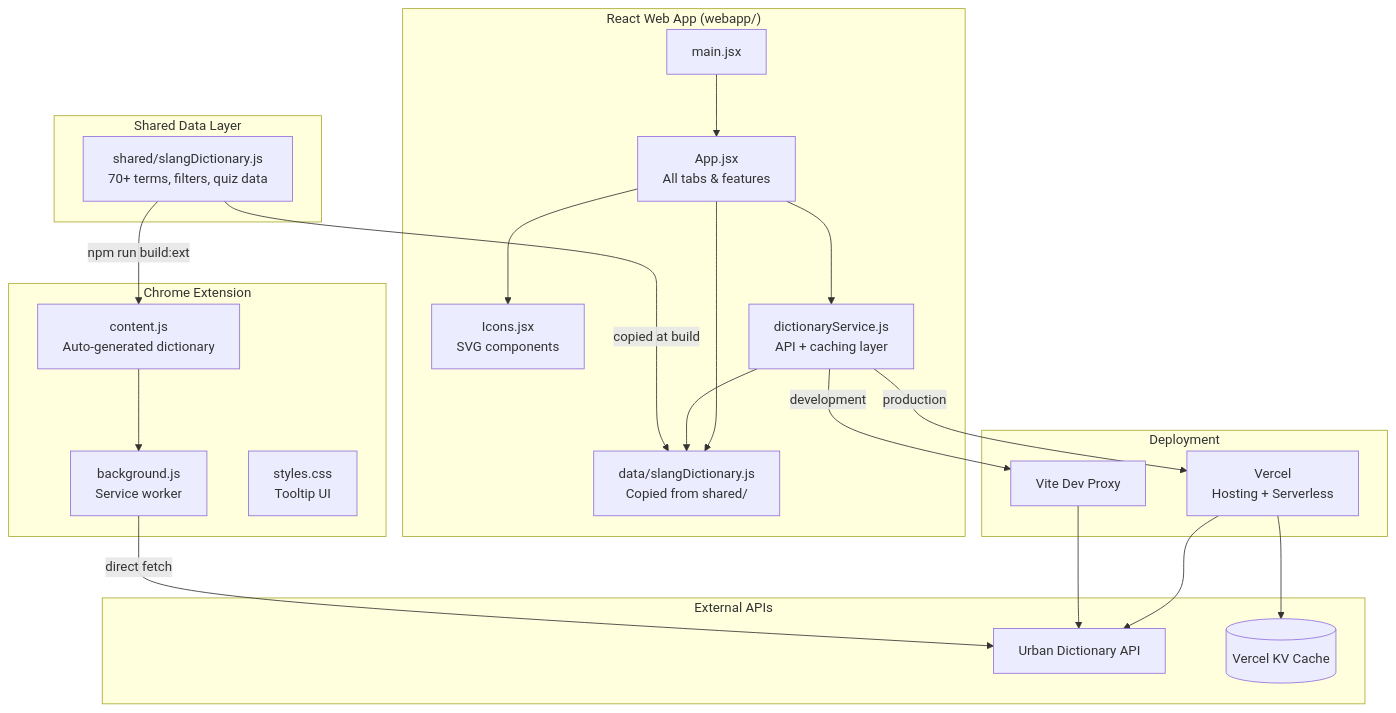
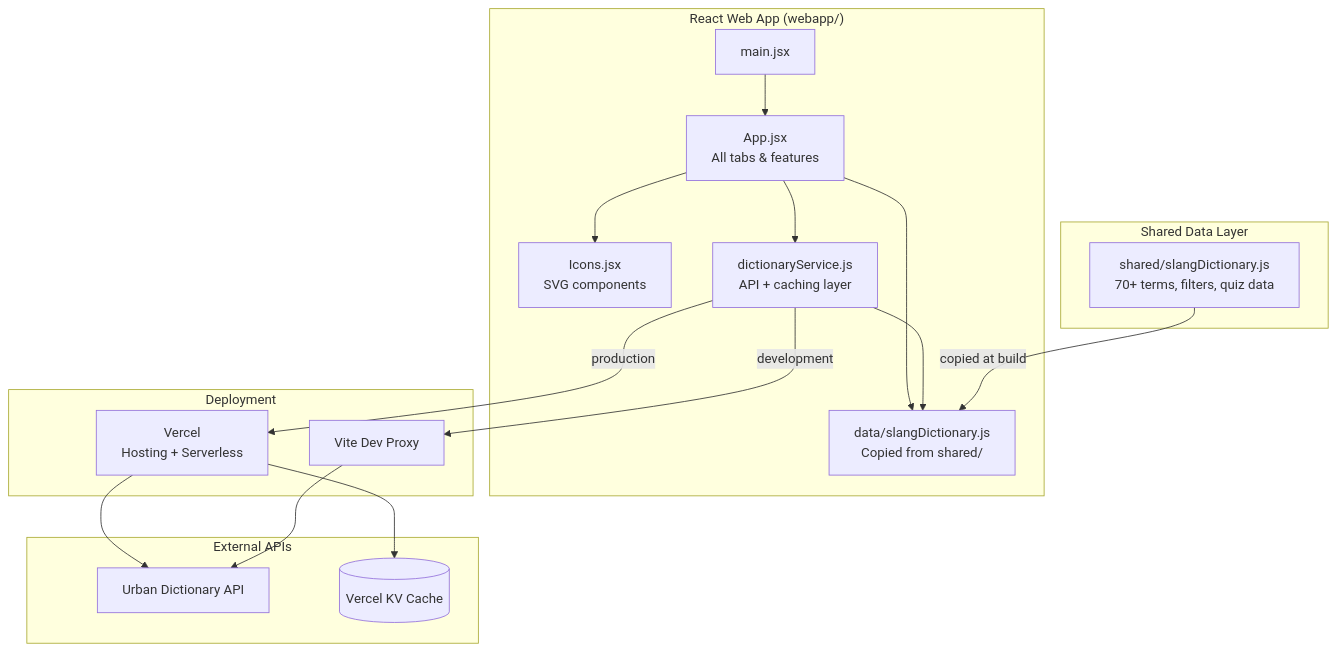
Before and after one commit to Technical-1/All-About-Me: the diagram in public/data/portfolio/Kid-Talk-Translator/architecture.md, drawn with Mermaid. The commit also changed other lines of this file and 17 other files, not shown here.

````diff
--- a/public/data/portfolio/Kid-Talk-Translator/architecture.md
+++ b/public/data/portfolio/Kid-Talk-Translator/architecture.md
@@ -5,42 +5,33 @@
 ```mermaid
 flowchart TD
     subgraph SharedData["Shared Data Layer"]
         SD[shared/slangDictionary.js<br/>70+ terms, filters, quiz data]
     end
 
     subgraph WebApp["React Web App (webapp/)"]
         Entry[main.jsx] --> App[App.jsx<br/>All tabs & features]
         App --> Icons[Icons.jsx<br/>SVG components]
         App --> DictService[dictionaryService.js<br/>API + caching layer]
         App --> LocalDict[data/slangDictionary.js<br/>Copied from shared/]
         DictService --> LocalDict
     end
 
-    subgraph Extension["Chrome Extension"]
-        ContentJS[content.js<br/>Auto-generated dictionary]
-        BgWorker[background.js<br/>Service worker]
-        Styles[styles.css<br/>Tooltip UI]
-    end
-
     subgraph ExternalAPIs["External APIs"]
         UD[Urban Dictionary API]
         KV[(Vercel KV Cache)]
     end
 
     subgraph Hosting["Deployment"]
         Vercel[Vercel<br/>Hosting + Serverless]
         ViteProxy[Vite Dev Proxy]
     end
 
-    SD -->|npm run build:ext| ContentJS
     SD -->|copied at build| LocalDict
 
     DictService -->|production| Vercel
     DictService -->|development| ViteProxy
     Vercel --> UD
     ViteProxy --> UD
     Vercel --> KV
 
-    BgWorker -->|direct fetch| UD
-    ContentJS --> BgWorker
 ```
````
